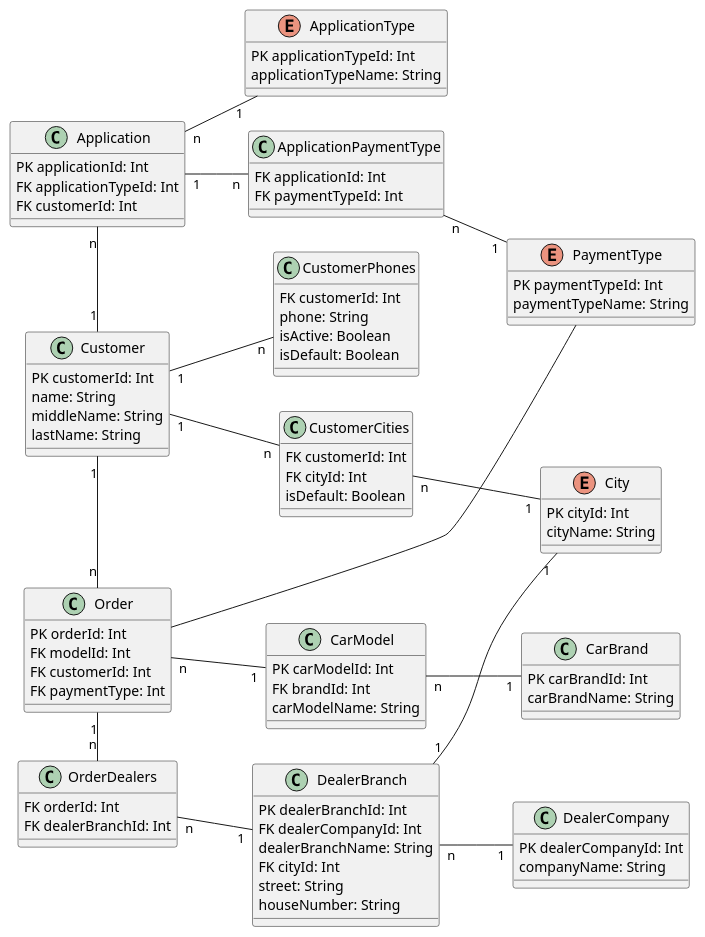
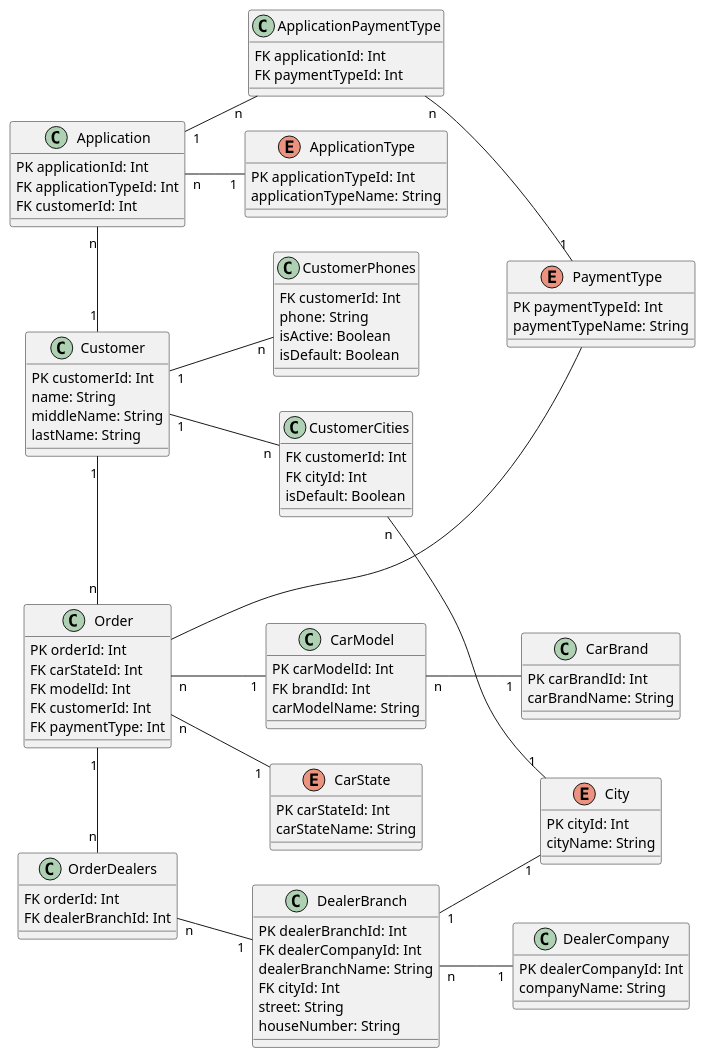
The diagram in autospot/Autospot_Order_ER_Physical.puml (grizzly-orange/test_tasks), drawn with PlantUML before and after one commit. The commit also changed 1 other file, not shown here.

Commit message:
add car state

```diff
--- a/autospot/Autospot_Order_ER_Physical.puml
+++ b/autospot/Autospot_Order_ER_Physical.puml
@@ -1,104 +1,111 @@
 @startuml Автоспот: физическая модель данных заказа
 
 left to right direction
 
 class Application {
     PK applicationId: Int
     FK applicationTypeId: Int
     FK customerId: Int
 }
 
 enum ApplicationType {
     PK applicationTypeId: Int
     applicationTypeName: String
 }
 
 enum PaymentType {
     PK paymentTypeId: Int
     paymentTypeName: String
 }
 
 class ApplicationPaymentType {
     FK applicationId: Int
     FK paymentTypeId: Int
 }
 
 class Customer {
     PK customerId: Int
     name: String
     middleName: String
     lastName: String
 }
 
 class CustomerPhones {
     FK customerId: Int
     phone: String
     isActive: Boolean
     isDefault: Boolean
 }
 
 class CustomerCities {
     FK customerId: Int
     FK cityId: Int
     isDefault: Boolean
 }
 
 enum City {
     PK cityId: Int
     cityName: String
 }
 
 class Order {
     PK orderId: Int
+    FK carStateId: Int
     FK modelId: Int
     FK customerId: Int
     FK paymentType: Int 
+}
+
+enum CarState {
+    PK carStateId: Int
+    carStateName: String
 }
 
 class CarBrand {
     PK carBrandId: Int
     carBrandName: String
 }
 
 class CarModel {
     PK carModelId: Int
     FK brandId: Int
     carModelName: String
 }
 
 class OrderDealers {
     FK orderId: Int
     FK dealerBranchId: Int
 }
 
 class DealerCompany {
     PK dealerCompanyId: Int
     companyName: String
 }
 
 class DealerBranch {
     PK dealerBranchId: Int
     FK dealerCompanyId: Int
     dealerBranchName: String
     FK cityId: Int
     street: String
     houseNumber: String
 }
 
 Application "n" -- "1" ApplicationType
 Application "1" -- "n" ApplicationPaymentType
 ApplicationPaymentType "n" -- "1" PaymentType
 Application "n" --right-- "1" Customer
 Customer "1" -- "n" CustomerPhones
 Customer "1" -- "n" CustomerCities
 CustomerCities "n" -- "1" City
 Customer "1" -right- "n" Order
+Order "n" -- "1" CarState
 Order "n" -- "1" CarModel
 CarBrand "1" -up- "n" CarModel
 Order "1" -right- "n" OrderDealers
 OrderDealers "n" -- "1" DealerBranch
 DealerBranch "n" -- "1" DealerCompany
 DealerBranch "1" -- "1" City
 Order -- PaymentType
 
 @enduml
```
